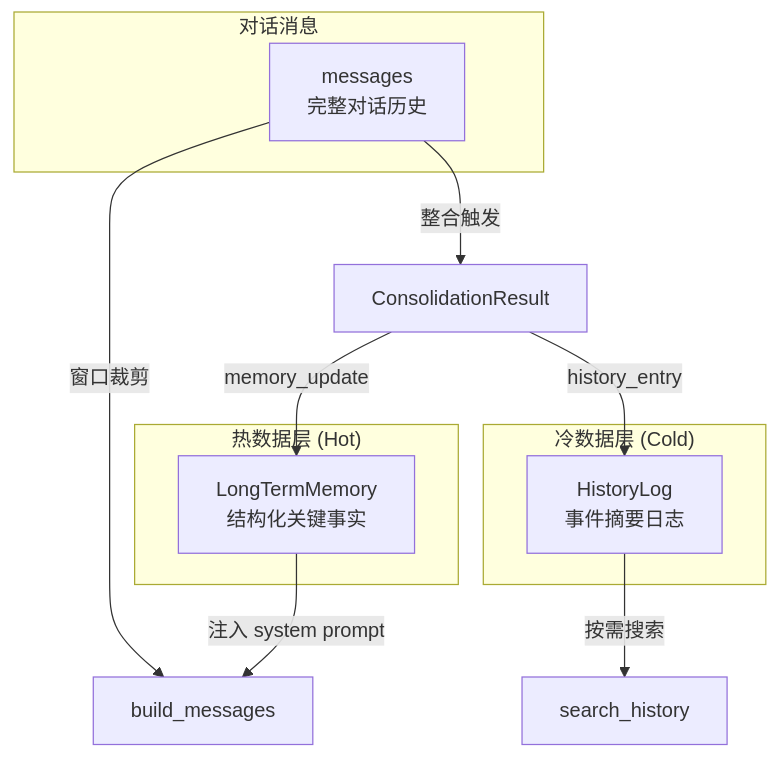
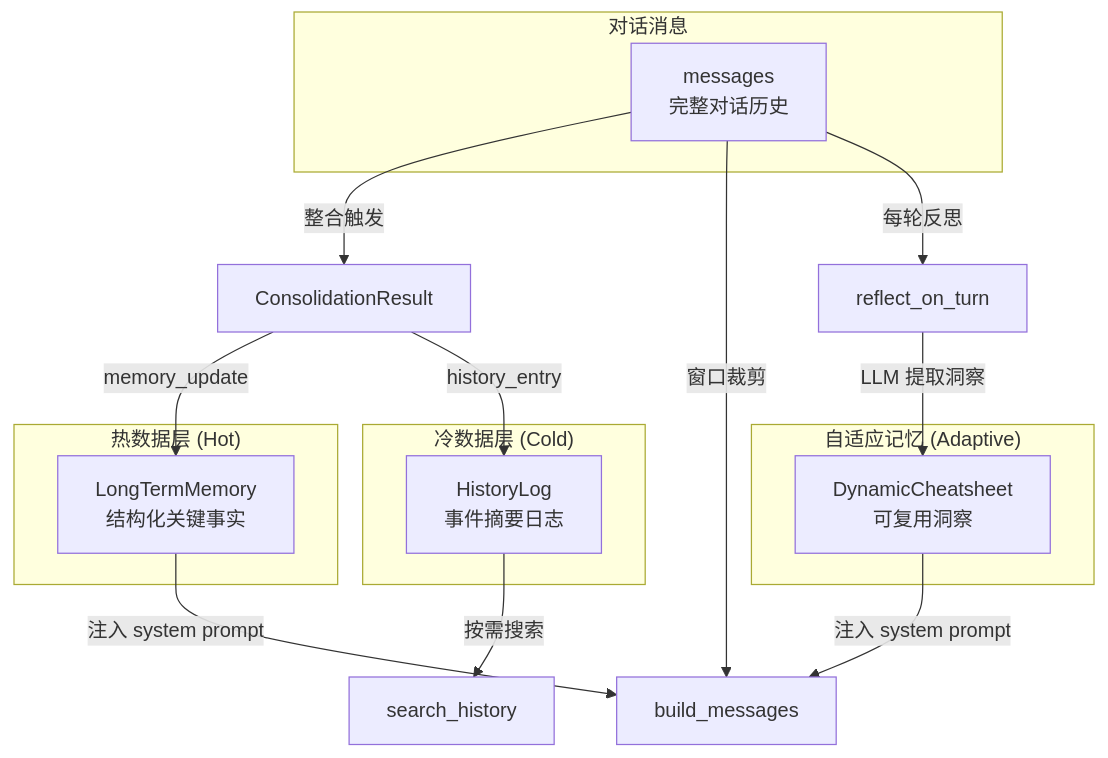
The second of 4 diagrams in docs/services/memory/overview.md (darkinsky/daedalus), drawn with Mermaid before and after one commit. The commit also changed other lines of this file and 24 other files, not shown here.

````diff
--- a/docs/services/memory/overview.md
+++ b/docs/services/memory/overview.md
@@ -77,21 +128,29 @@
 ```mermaid
 graph TD
     subgraph "热数据层 (Hot)"
         LTM[LongTermMemory<br/>结构化关键事实]
     end
     subgraph "冷数据层 (Cold)"
         HL[HistoryLog<br/>事件摘要日志]
     end
     subgraph "对话消息"
         MSG[messages<br/>完整对话历史]
     end
 
     MSG -->|"整合触发"| CONSOLIDATE[ConsolidationResult]
     CONSOLIDATE -->|"memory_update"| LTM
     CONSOLIDATE -->|"history_entry"| HL
 
     LTM -->|"注入 system prompt"| BUILD[build_messages]
     MSG -->|"窗口裁剪"| BUILD
 
     HL -->|"按需搜索"| SEARCH[search_history]
+
+    subgraph "自适应记忆 (Adaptive)"
+        DC[DynamicCheatsheet<br/>可复用洞察]
+    end
+
+    MSG -->|"每轮反思"| REFLECT[reflect_on_turn]
+    REFLECT -->|"LLM 提取洞察"| DC
+    DC -->|"注入 system prompt"| BUILD
 ```
````
